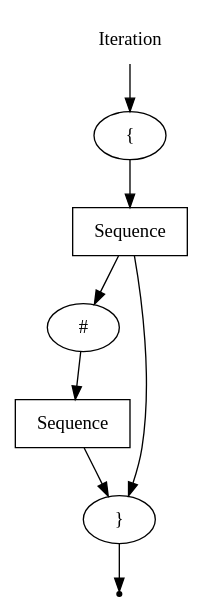
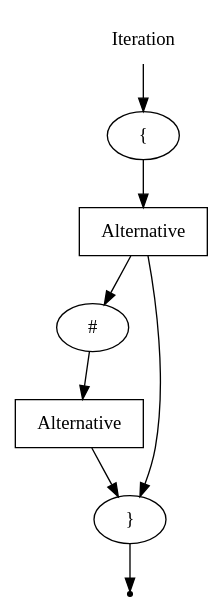
Before and after one commit to EgorGoluzin/DSL: the diagram in DSLTools/examples/rbnf/wirth/Iteration.gv, drawn with Graphviz. The commit also changed 17 other files, not shown here.

```diff
--- a/DSLTools/examples/rbnf/wirth/Iteration.gv
+++ b/DSLTools/examples/rbnf/wirth/Iteration.gv
@@ -1,16 +1,16 @@
 digraph Iteration {
     start [label = "Iteration" shape = plaintext];
     end [label = "" shape = point];
-    A [label = "Sequence" shape = box];
+    A [label = "Alternative" shape = box];
     B [label = "#" shape = oval];
-    C [label = "Sequence" shape = box];
+    C [label = "Alternative" shape = box];
     E [label = "{" shape = oval];
     F [label = "}" shape = oval];
     start -> E;
     E -> A;
     A -> B;
     B -> C;
     C -> F;
     A -> F;
     F -> end;
 }
```
